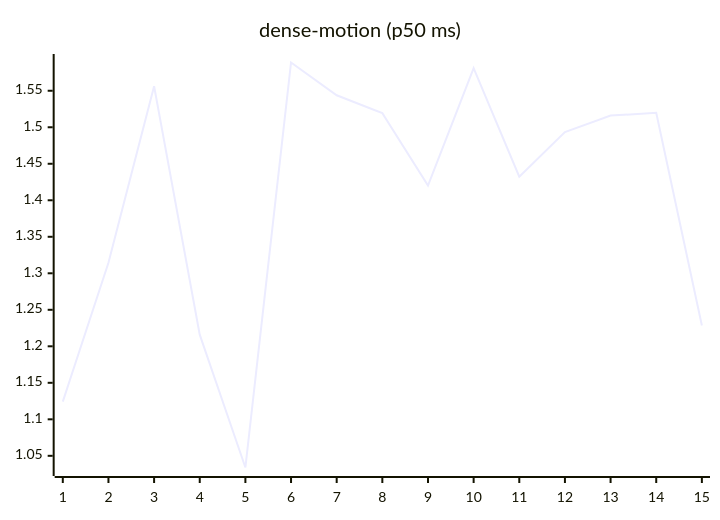
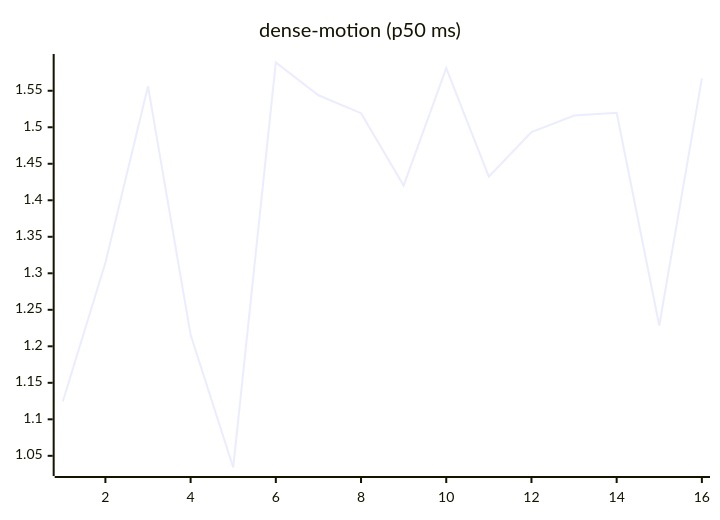
One commit to josha/Facet changed the ninth of 27 diagrams in README.md. Above: the diagram before and after it, drawn with Mermaid. The commit also changed other lines of this file and 2 other files, not shown here.

````diff
--- a/README.md
+++ b/README.md
@@ -119,6 +119,6 @@
 ```mermaid
 xychart-beta
     title "dense-motion (p50 ms)"
-    x-axis 1 --> 15
-    line [1.1243, 1.3144, 1.5562, 1.2159, 1.0340, 1.5887, 1.5438, 1.5193, 1.4201, 1.5809, 1.4323, 1.4933, 1.5160, 1.5198, 1.2285]
+    x-axis 1 --> 16
+    line [1.1243, 1.3144, 1.5562, 1.2159, 1.0340, 1.5887, 1.5438, 1.5193, 1.4201, 1.5809, 1.4323, 1.4933, 1.5160, 1.5198, 1.2285, 1.5668]
 ```
````
